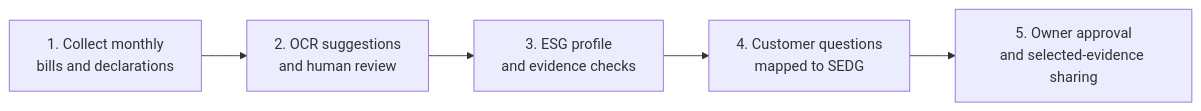
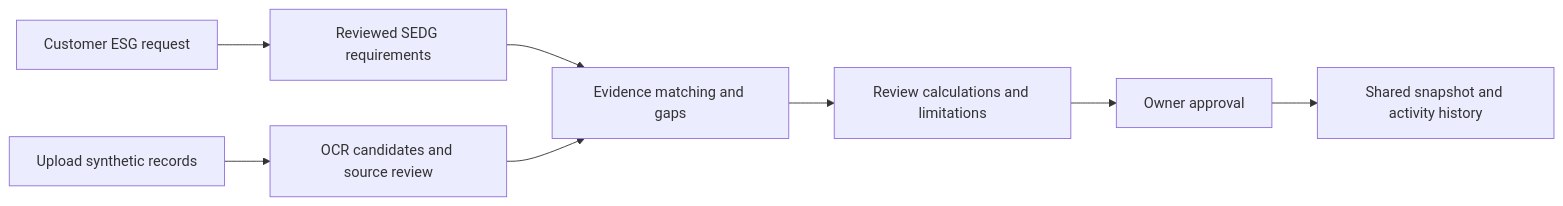
One commit to nestchao/ESG-Passport changed the first of 2 diagrams in README.md. Above: the diagram before and after it, drawn with Mermaid. The commit also changed other lines of this file, not shown here.

````diff
--- a/README.md
+++ b/README.md
@@ -57,7 +72,10 @@
 ```mermaid
 flowchart LR
-    A["1. Collect monthly<br/>bills and declarations"] --> B["2. OCR suggestions<br/>and human review"]
-    B --> C["3. ESG profile<br/>and evidence checks"]
-    C --> D["4. Customer questions<br/>mapped to SEDG"]
-    D --> E["5. Owner approval<br/>and selected-evidence sharing"]
+    A[Customer ESG request] --> B[Reviewed SEDG requirements]
+    C[Upload synthetic records] --> D[OCR candidates and source review]
+    B --> E[Evidence matching and gaps]
+    D --> E
+    E --> F[Review calculations and limitations]
+    F --> G[Owner approval]
+    G --> H[Shared snapshot and activity history]
 ```
````
